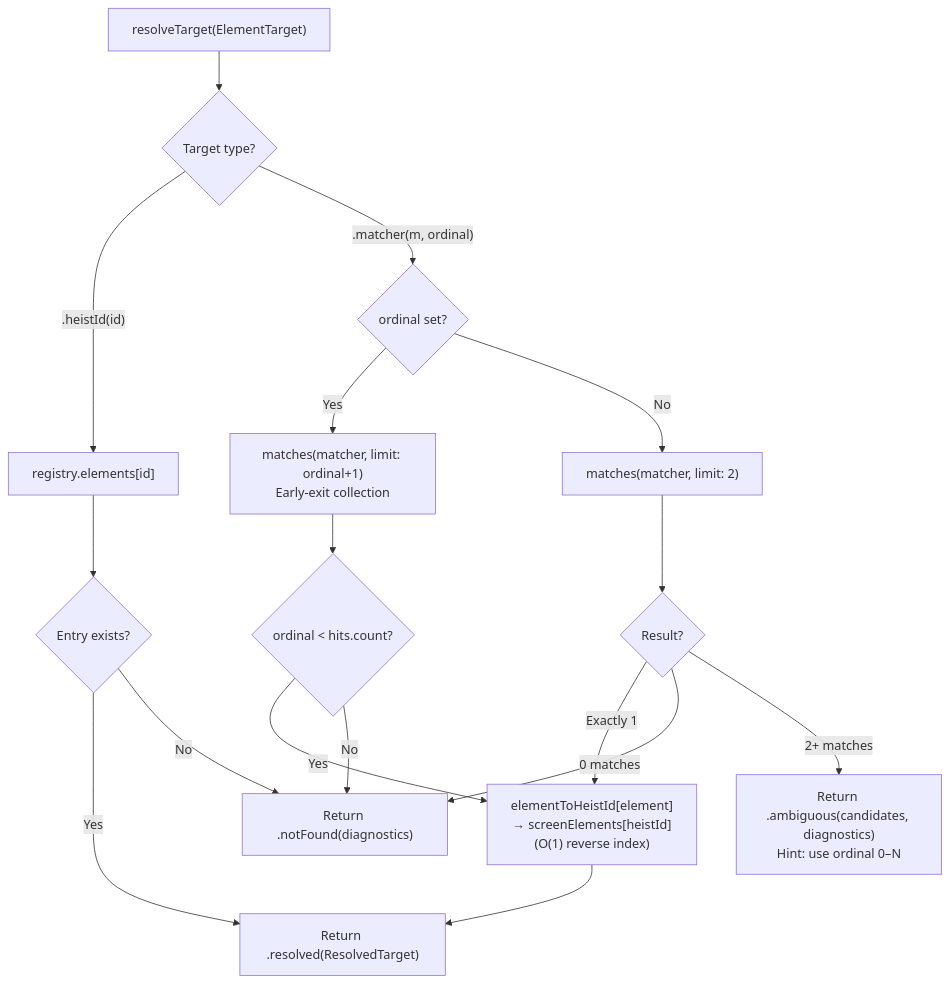
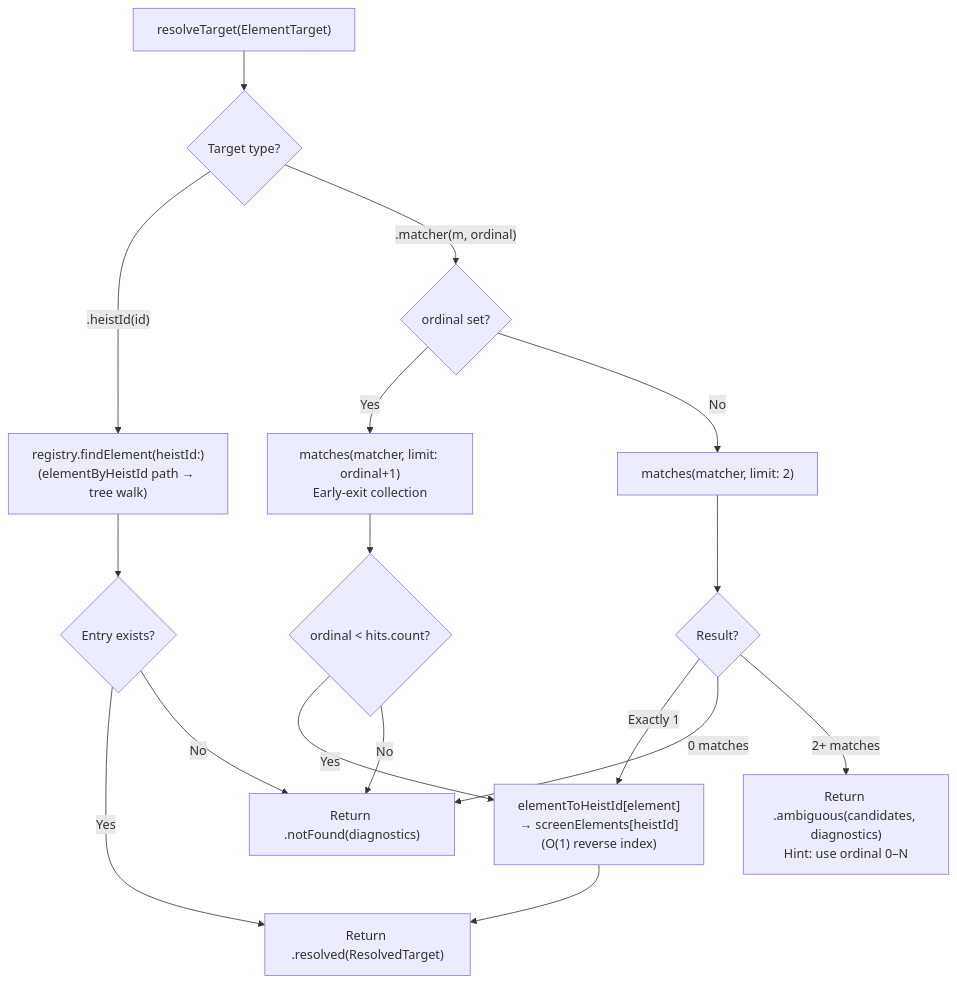
One commit to RoyalPineapple/TheButtonHeist changed the fourth of 4 diagrams in docs/dossiers/11-THESTASH.md. Above: the diagram before and after it, drawn with Mermaid. The commit also changed other lines of this file and 13 other files, not shown here.

````diff
--- a/docs/dossiers/11-THESTASH.md
+++ b/docs/dossiers/11-THESTASH.md
@@ -125,21 +126,21 @@
 ```mermaid
 flowchart TD
     A["resolveTarget(ElementTarget)"] --> B{Target type?}
-    B -->|".heistId(id)"| C["registry.elements[id]"]
+    B -->|".heistId(id)"| C["registry.findElement(heistId:)<br/>(elementByHeistId path → tree walk)"]
     C --> D{Entry exists?}
     D -->|Yes| E["Return .resolved(ResolvedTarget)"]
     D -->|No| F["Return .notFound(diagnostics)"]
 
     B -->|".matcher(m, ordinal)"| G{ordinal set?}
     G -->|Yes| ORD["matches(matcher, limit: ordinal+1)<br/>Early-exit collection"]
     ORD --> ORDCHK{ordinal < hits.count?}
     ORDCHK -->|Yes| I["elementToHeistId[element]<br/>→ screenElements[heistId]<br/>(O(1) reverse index)"]
     I --> E
     ORDCHK -->|No| F
 
     G -->|No| H["matches(matcher, limit: 2)"]
     H --> K{Result?}
     K -->|Exactly 1| I
     K -->|0 matches| F
     K -->|2+ matches| AMB["Return .ambiguous(candidates, diagnostics)<br/>Hint: use ordinal 0–N"]
 ```
````
